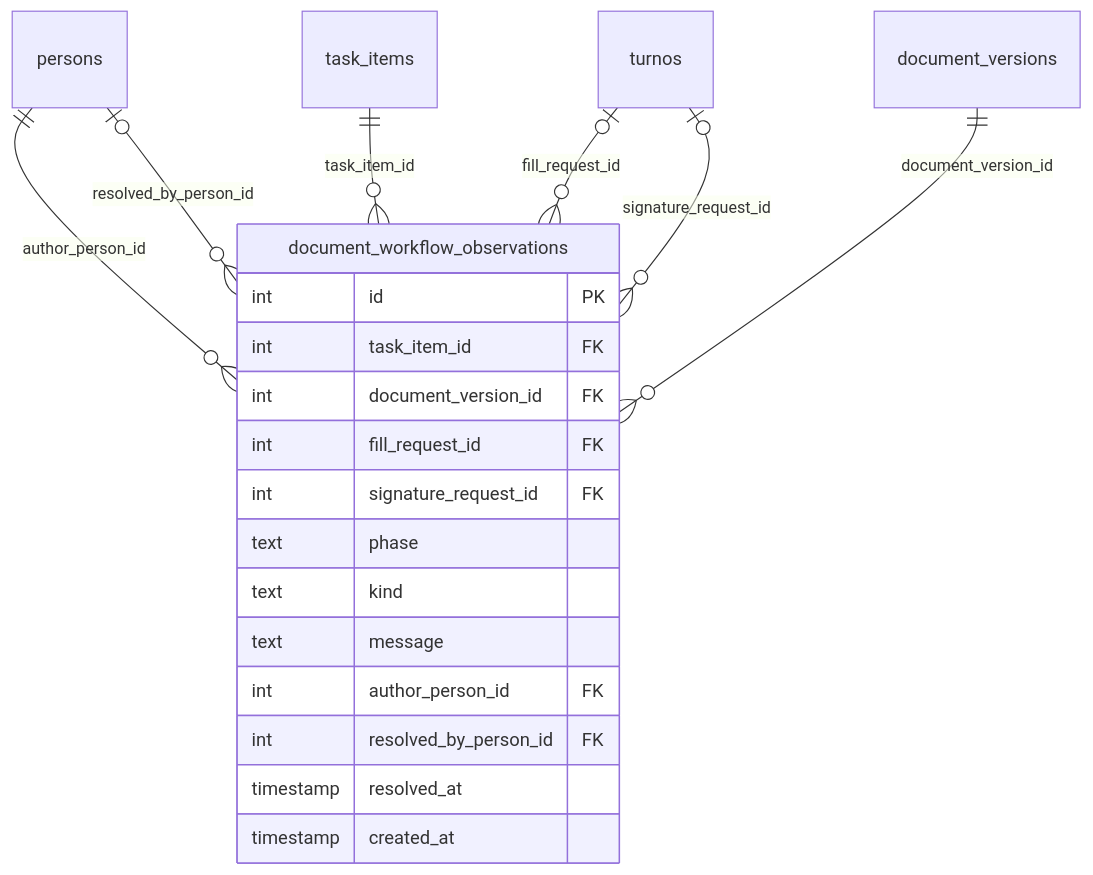
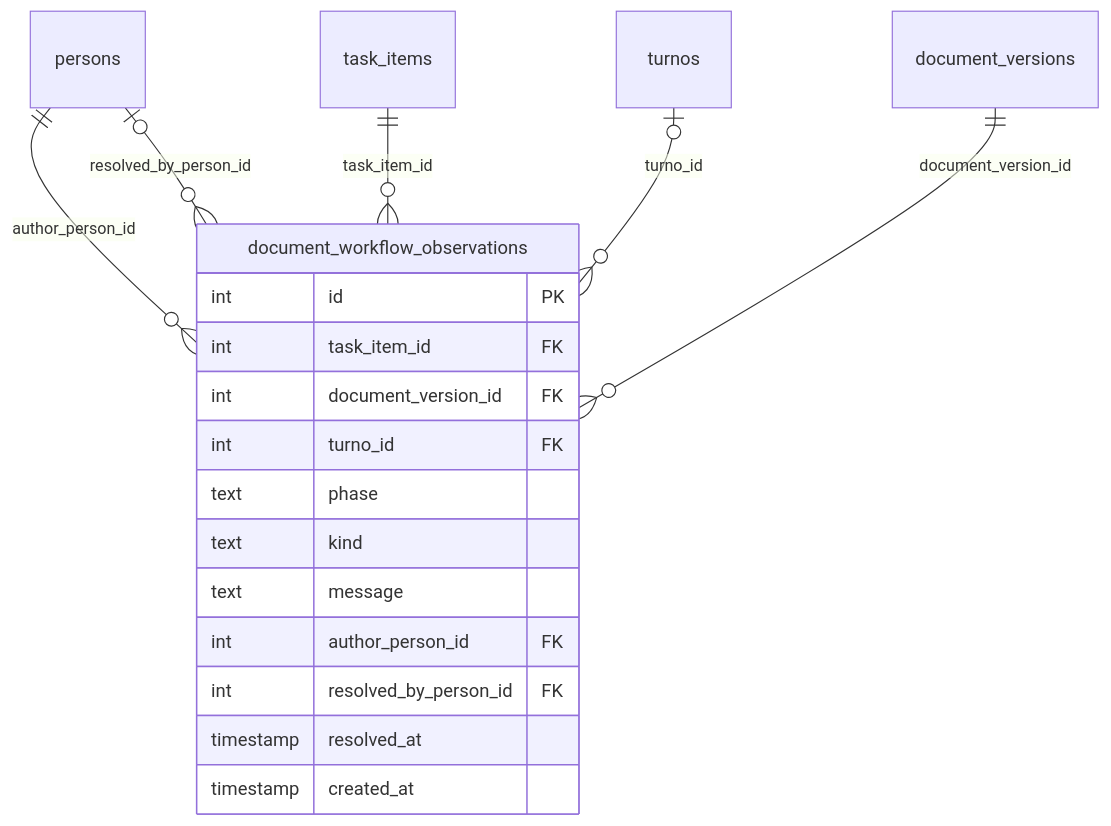
The ninth of 9 diagrams in docs/src/content/docs/modelo/mapa-con-campos.md (fresvel/deasy), drawn with Mermaid before and after one commit. The commit also changed other lines of this file and 62 other files, not shown here.

````diff
--- a/docs/src/content/docs/modelo/mapa-con-campos.md
+++ b/docs/src/content/docs/modelo/mapa-con-campos.md
@@ -577,24 +577,22 @@
 ```mermaid
 erDiagram
   %% generado por scripts/docs/gen-mapa-campos.mjs: no se edita a mano
   document_workflow_observations {
     int id PK
     int task_item_id FK
     int document_version_id FK
-    int fill_request_id FK
-    int signature_request_id FK
+    int turno_id FK
     text phase
     text kind
     text message
     int author_person_id FK
     int resolved_by_person_id FK
     timestamp resolved_at
     timestamp created_at
   }
   persons ||--o{ document_workflow_observations : "author_person_id"
-  turnos |o--o{ document_workflow_observations : "fill_request_id"
   task_items ||--o{ document_workflow_observations : "task_item_id"
   persons |o--o{ document_workflow_observations : "resolved_by_person_id"
-  turnos |o--o{ document_workflow_observations : "signature_request_id"
+  turnos |o--o{ document_workflow_observations : "turno_id"
   document_versions ||--o{ document_workflow_observations : "document_version_id"
 ```
````
